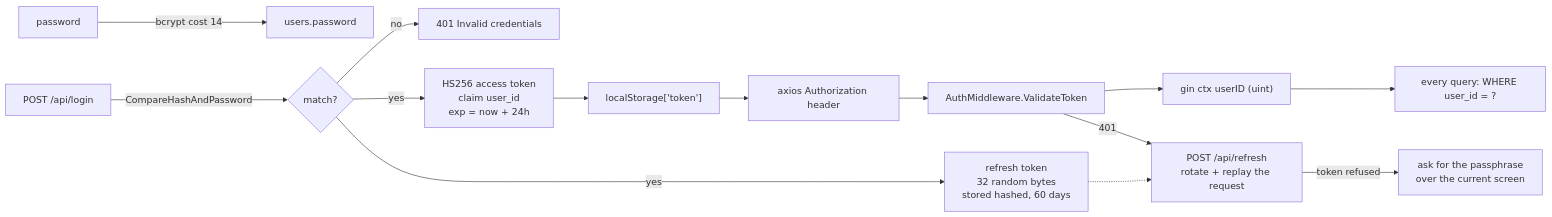
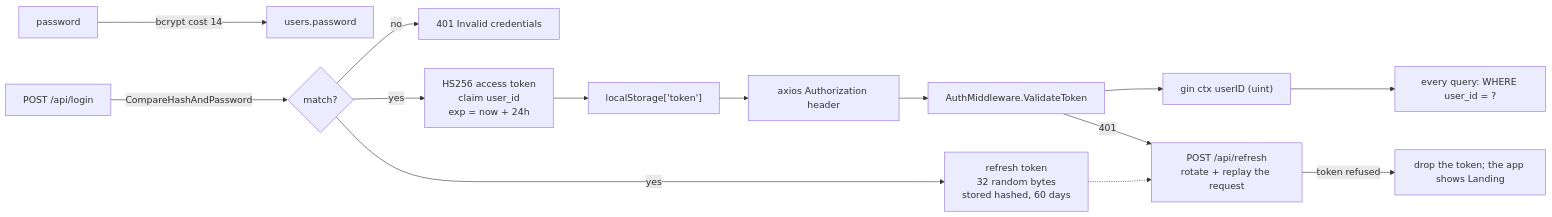
Before and after one commit to SirGrandmasterr/AlexithymiaLoveQuantifier: the third of 3 diagrams in docs/02-architecture.md, drawn with Mermaid. The commit also changed other lines of this file and 200 other files, not shown here.

````diff
--- a/docs/02-architecture.md
+++ b/docs/02-architecture.md
@@ -172,16 +165,16 @@
 ```mermaid
 graph LR
     P["password"] -->|"bcrypt cost 14"| HASH["users.password"]
     LOGIN["POST /api/login"] -->|"CompareHashAndPassword"| OK{"match?"}
     OK -->|no| U401["401 Invalid credentials"]
     OK -->|yes| JWT["HS256 access token<br/>claim user_id<br/>exp = now + 24h"]
     OK -->|yes| RT["refresh token<br/>32 random bytes<br/>stored hashed, 60 days"]
     JWT --> LS["localStorage['token']"]
     LS --> HDR["axios Authorization header"]
     HDR --> MWV["AuthMiddleware.ValidateToken"]
     MWV --> CTX["gin ctx userID (uint)"]
     CTX --> SCOPE["every query: WHERE user_id = ?"]
     MWV -->|401| REF["POST /api/refresh<br/>rotate + replay the request"]
     RT -.-> REF
-    REF -->|"token refused"| ASK["ask for the passphrase<br/>over the current screen"]
+    REF -->|"token refused"| ASK["drop the token; the app shows Landing"]
 ```
````
